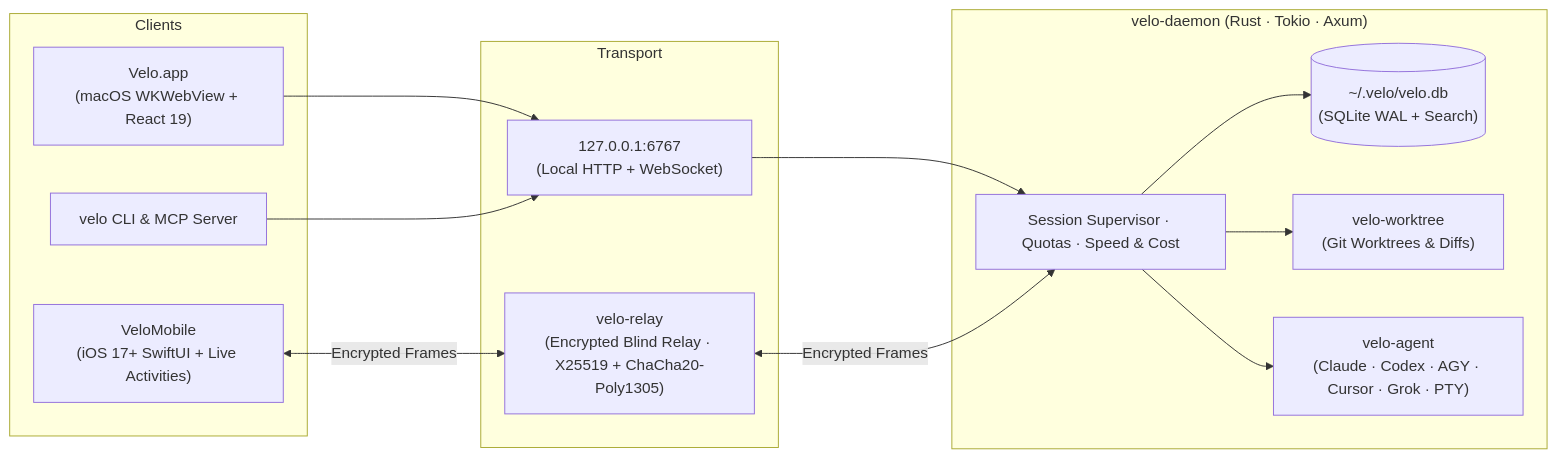
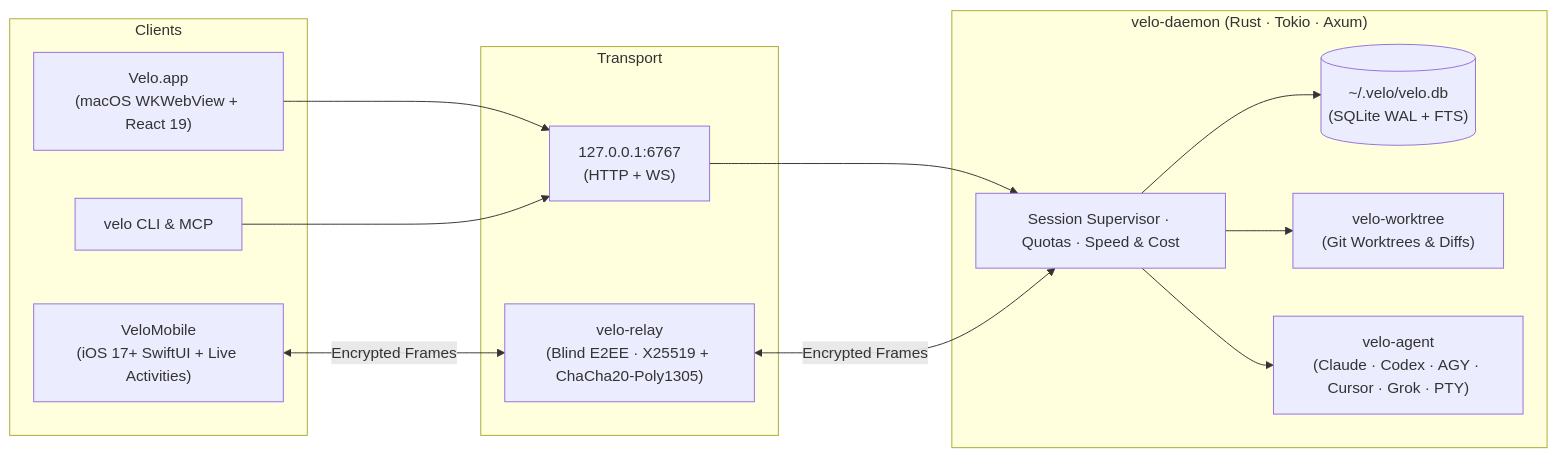
Before and after one commit to davaded/velo: the diagram in README.md, drawn with Mermaid. The commit also changed other lines of this file and 1 other file, not shown here.

````diff
--- a/README.md
+++ b/README.md
@@ -150,27 +97,27 @@
 ```mermaid
 flowchart LR
     subgraph Clients["Clients"]
         Mac["Velo.app\n(macOS WKWebView + React 19)"]
         iOS["VeloMobile\n(iOS 17+ SwiftUI + Live Activities)"]
-        CLI["velo CLI & MCP Server"]
+        CLI["velo CLI & MCP"]
     end
 
     subgraph Transport["Transport"]
-        Local["127.0.0.1:6767\n(Local HTTP + WebSocket)"]
-        Relay["velo-relay\n(Encrypted Blind Relay · X25519 + ChaCha20-Poly1305)"]
+        Local["127.0.0.1:6767\n(HTTP + WS)"]
+        Relay["velo-relay\n(Blind E2EE · X25519 + ChaCha20-Poly1305)"]
     end
 
     subgraph Core["velo-daemon (Rust · Tokio · Axum)"]
         Supervisor["Session Supervisor · Quotas · Speed & Cost"]
-        DB[("~/.velo/velo.db\n(SQLite WAL + Search)")]
+        DB[("~/.velo/velo.db\n(SQLite WAL + FTS)")]
         WT["velo-worktree\n(Git Worktrees & Diffs)"]
         Agents["velo-agent\n(Claude · Codex · AGY · Cursor · Grok · PTY)"]
     end
 
     Mac --> Local --> Supervisor
     CLI --> Local
     iOS <-->|"Encrypted Frames"| Relay <-->|"Encrypted Frames"| Supervisor
     Supervisor --> DB
     Supervisor --> WT
     Supervisor --> Agents
 ```
````
